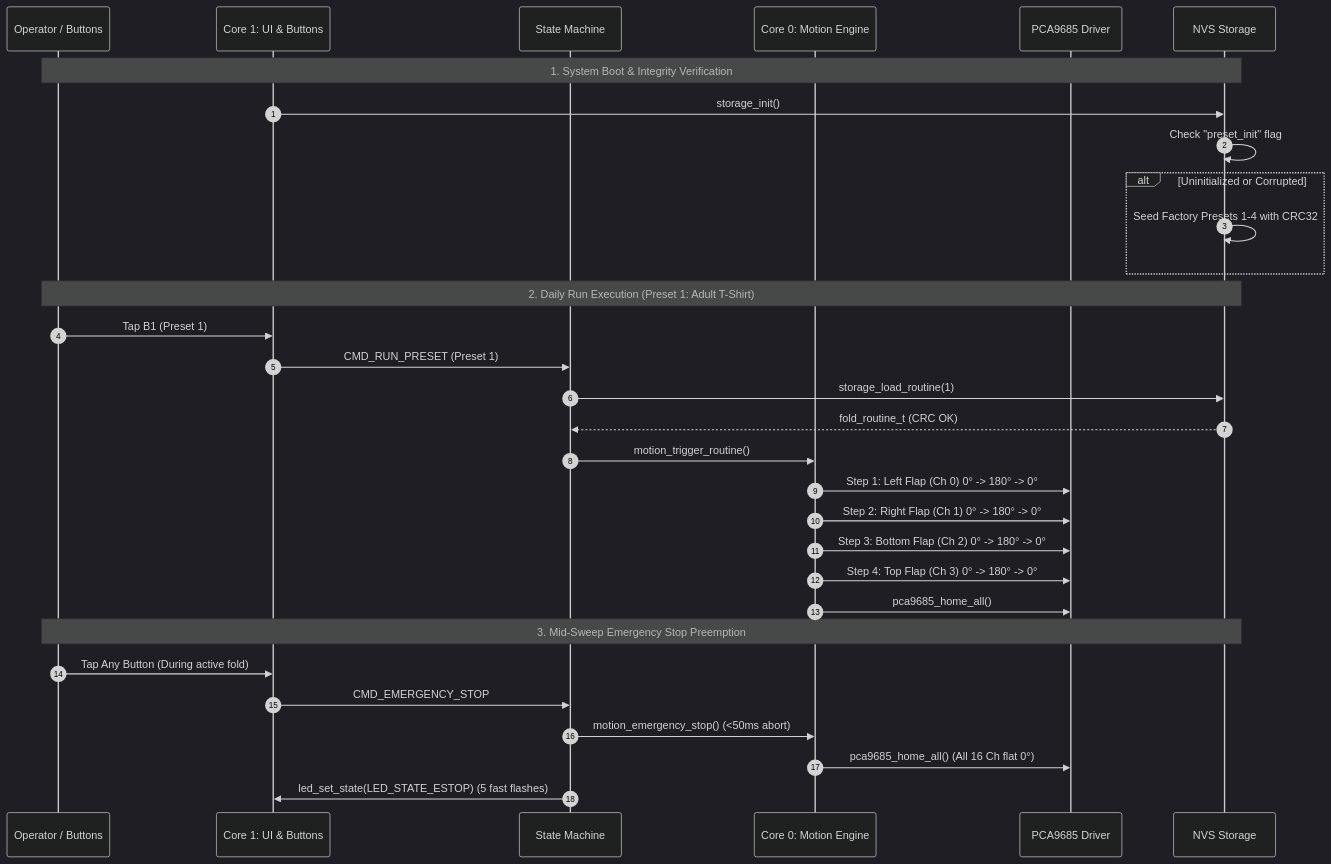
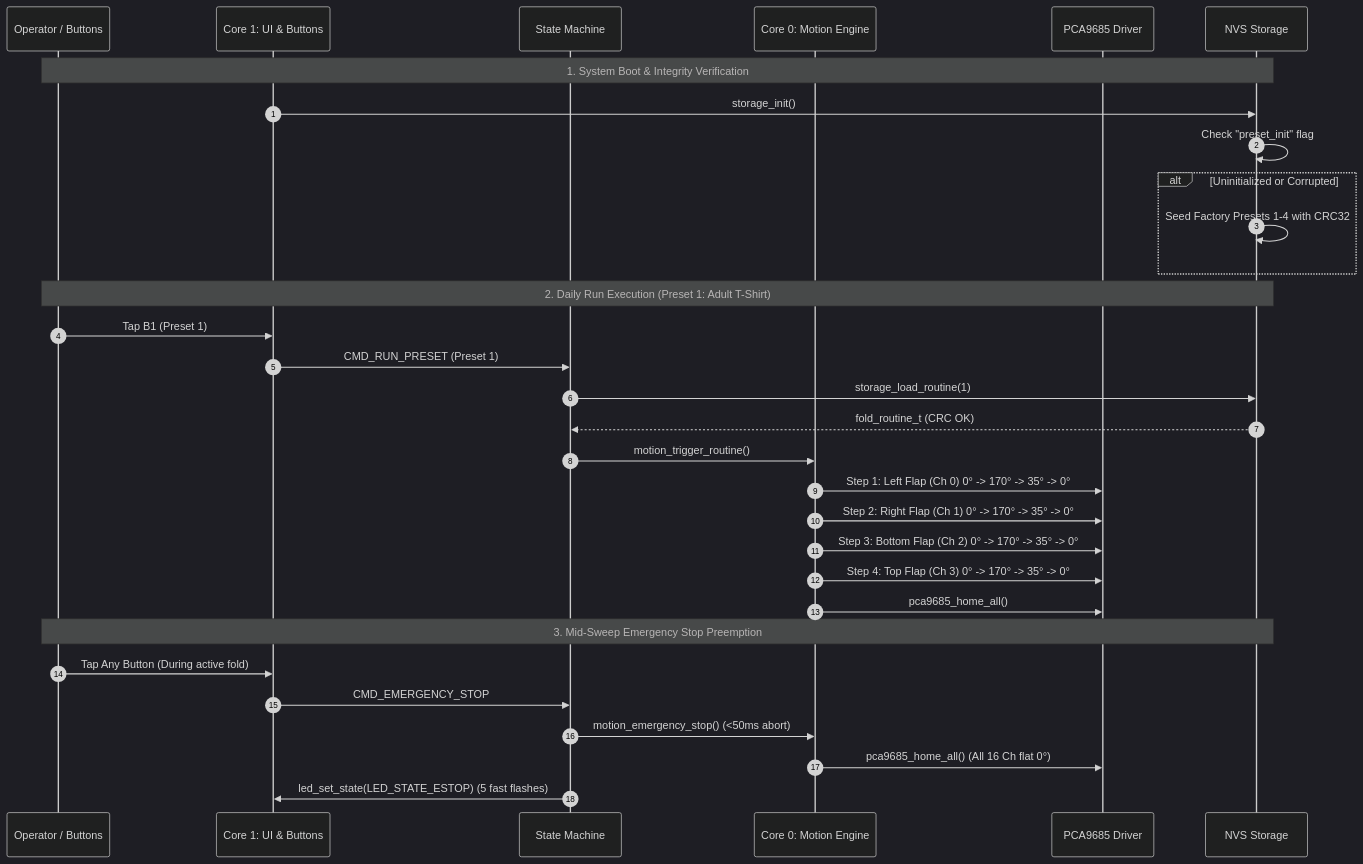
Before and after one commit to aiandrobotics/fabrica: the diagram in firmware/specs/2026-09-07-phase-7-system-validation-preset-library/requirements.md, drawn with Mermaid (dark theme). The commit also changed other lines of this file and 15 other files, not shown here.

````diff
--- a/firmware/specs/2026-09-07-phase-7-system-validation-preset-library/requirements.md
+++ b/firmware/specs/2026-09-07-phase-7-system-validation-preset-library/requirements.md
@@ -82,36 +82,36 @@
 ```mermaid
 sequenceDiagram
     autonumber
     participant User as Operator / Buttons
     participant Core1 as Core 1: UI & Buttons
     participant SM as State Machine
     participant Core0 as Core 0: Motion Engine
     participant PCA as PCA9685 Driver
     participant NVS as NVS Storage
 
     Note over User,NVS: 1. System Boot & Integrity Verification
     Core1->>NVS: storage_init()
     NVS->>NVS: Check "preset_init" flag
     alt Uninitialized or Corrupted
         NVS->>NVS: Seed Factory Presets 1-4 with CRC32
     end
 
     Note over User,NVS: 2. Daily Run Execution (Preset 1: Adult T-Shirt)
     User->>Core1: Tap B1 (Preset 1)
     Core1->>SM: CMD_RUN_PRESET (Preset 1)
     SM->>NVS: storage_load_routine(1)
     NVS-->>SM: fold_routine_t (CRC OK)
     SM->>Core0: motion_trigger_routine()
-    Core0->>PCA: Step 1: Left Flap (Ch 0) 0° -> 180° -> 0°
-    Core0->>PCA: Step 2: Right Flap (Ch 1) 0° -> 180° -> 0°
-    Core0->>PCA: Step 3: Bottom Flap (Ch 2) 0° -> 180° -> 0°
-    Core0->>PCA: Step 4: Top Flap (Ch 3) 0° -> 180° -> 0°
+    Core0->>PCA: Step 1: Left Flap (Ch 0) 0° -> 170° -> 35° -> 0°
+    Core0->>PCA: Step 2: Right Flap (Ch 1) 0° -> 170° -> 35° -> 0°
+    Core0->>PCA: Step 3: Bottom Flap (Ch 2) 0° -> 170° -> 35° -> 0°
+    Core0->>PCA: Step 4: Top Flap (Ch 3) 0° -> 170° -> 35° -> 0°
     Core0->>PCA: pca9685_home_all()
 
     Note over User,NVS: 3. Mid-Sweep Emergency Stop Preemption
     User->>Core1: Tap Any Button (During active fold)
     Core1->>SM: CMD_EMERGENCY_STOP
     SM->>Core0: motion_emergency_stop() (<50ms abort)
     Core0->>PCA: pca9685_home_all() (All 16 Ch flat 0°)
     SM->>Core1: led_set_state(LED_STATE_ESTOP) (5 fast flashes)
 ```
````
